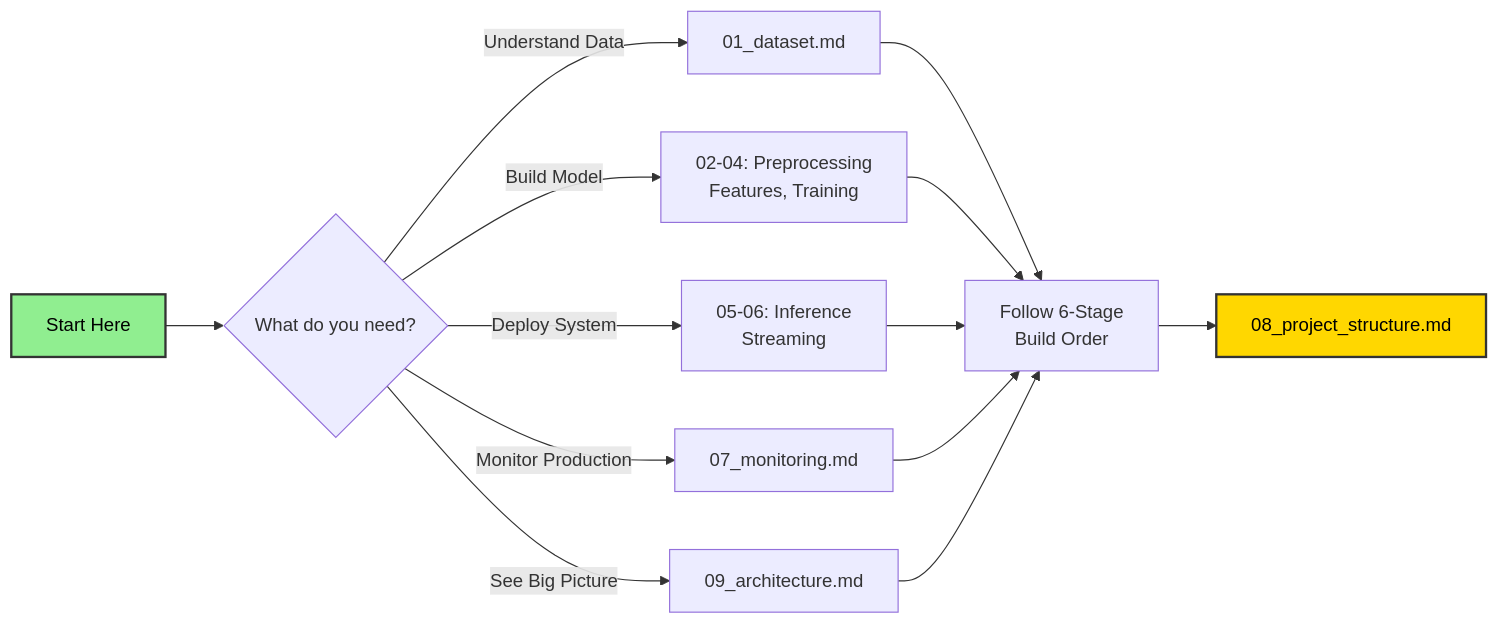
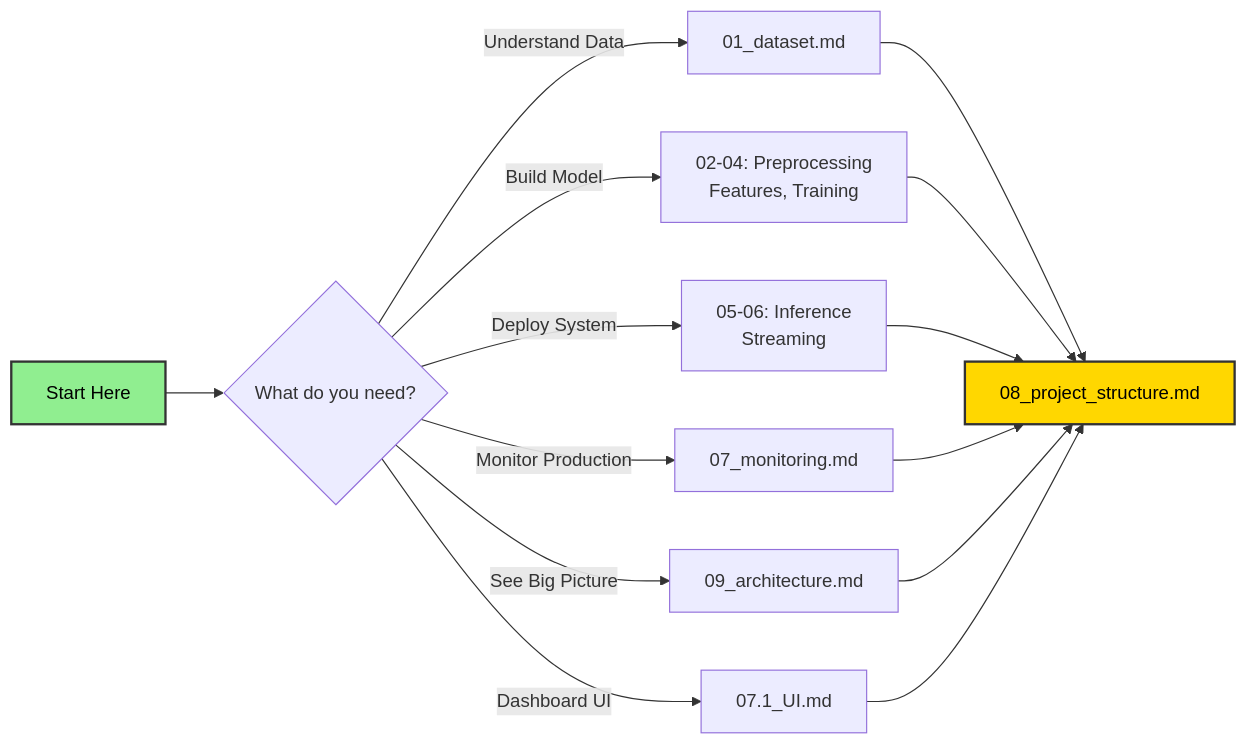
The second of 2 diagrams in docs/00_index.md (nasim-raj-laskar/Real-Time-Aircraft-Engine-Predictive-Maintenance-System), drawn with Mermaid before and after one commit. The commit also changed other lines of this file and 5 other files, not shown here.

````diff
--- a/docs/00_index.md
+++ b/docs/00_index.md
@@ -48,20 +50,20 @@
 ```mermaid
 flowchart LR
     A[Start Here] --> B{What do you need?}
     B -->|Understand Data| C[01_dataset.md]
     B -->|Build Model| D[02-04: Preprocessing<br/>Features, Training]
     B -->|Deploy System| E[05-06: Inference<br/>Streaming]
     B -->|Monitor Production| F[07_monitoring.md]
     B -->|See Big Picture| G[09_architecture.md]
-    
-    C --> H[Follow 6-Stage<br/>Build Order]
-    D --> H
-    E --> H
-    F --> H
-    G --> H
-    
-    H --> I[08_project_structure.md]
-    
+    B -->|Dashboard UI| H[07.1_UI.md]
+
+    C --> I[08_project_structure.md]
+    D --> I
+    E --> I
+    F --> I
+    G --> I
+    H --> I
+
     style A fill:#90EE90,stroke:#333,stroke-width:2px,color:#000
     style I fill:#FFD700,stroke:#333,stroke-width:2px,color:#000
 ```
````
